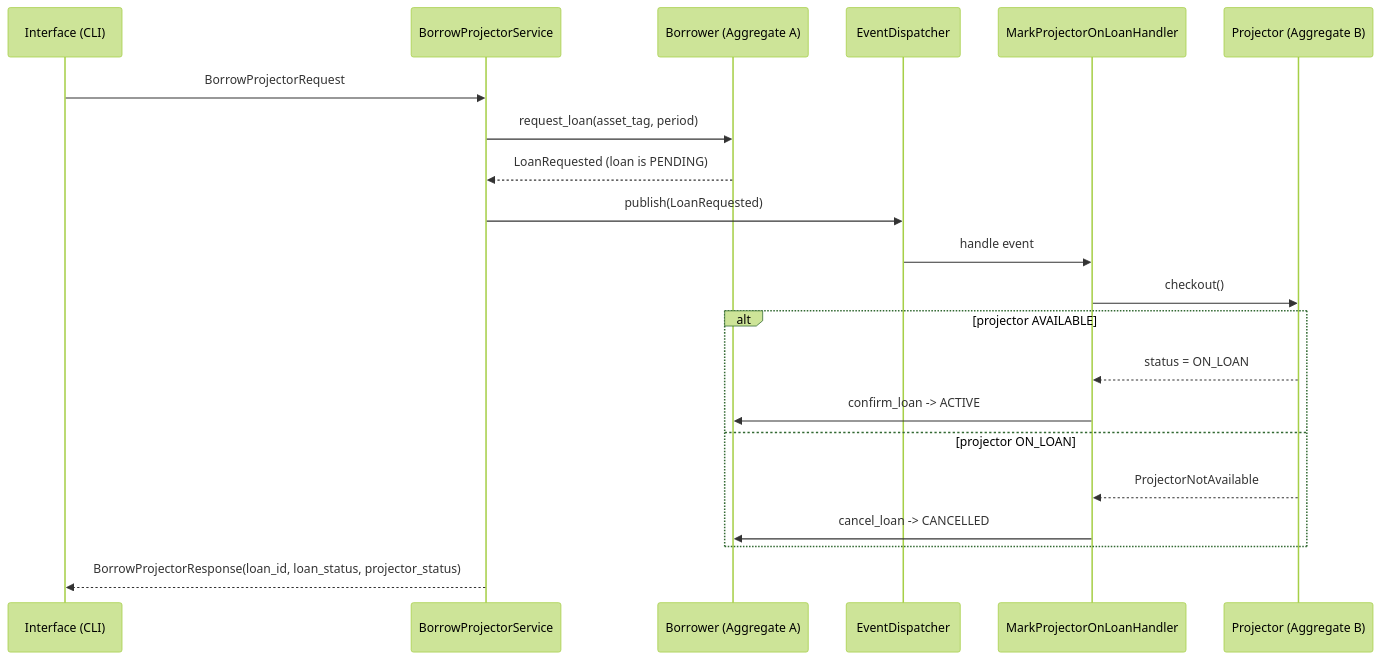
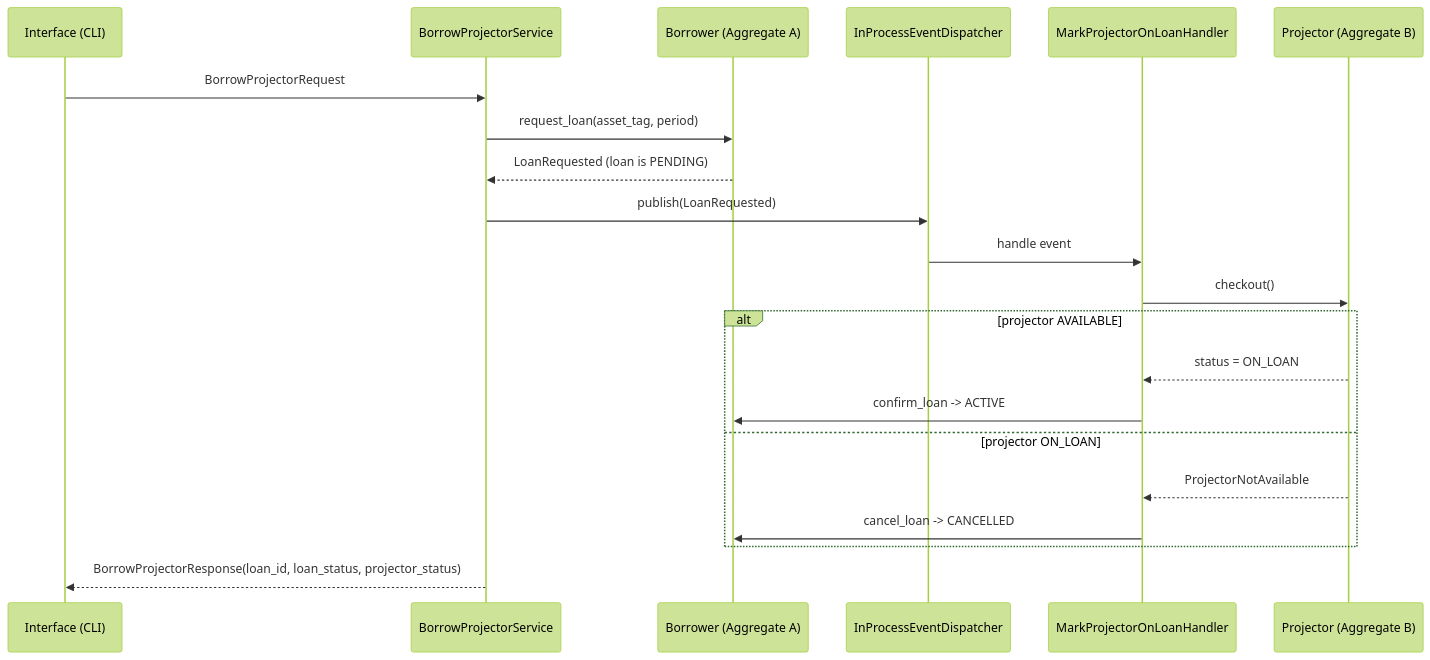
The third of 3 diagrams in docs/diagrams.md (shadiah-nalubega/projector_borrowing_system), drawn with Mermaid (forest theme) before and after one commit. The commit also changed other lines of this file and 20 other files, not shown here.

````diff
--- a/docs/diagrams.md
+++ b/docs/diagrams.md
@@ -113,24 +118,24 @@
 ```mermaid
 sequenceDiagram
     participant CLI as Interface (CLI)
     participant S as BorrowProjectorService
     participant B as Borrower (Aggregate A)
-    participant D as EventDispatcher
+    participant D as InProcessEventDispatcher
     participant H as MarkProjectorOnLoanHandler
     participant P as Projector (Aggregate B)
 
     CLI->>S: BorrowProjectorRequest
     S->>B: request_loan(asset_tag, period)
     B-->>S: LoanRequested (loan is PENDING)
     S->>D: publish(LoanRequested)
     D->>H: handle event
     H->>P: checkout()
     alt projector AVAILABLE
         P-->>H: status = ON_LOAN
         H->>B: confirm_loan -> ACTIVE
     else projector ON_LOAN
         P-->>H: ProjectorNotAvailable
         H->>B: cancel_loan -> CANCELLED
     end
     S-->>CLI: BorrowProjectorResponse(loan_id, loan_status, projector_status)
 ```
````
